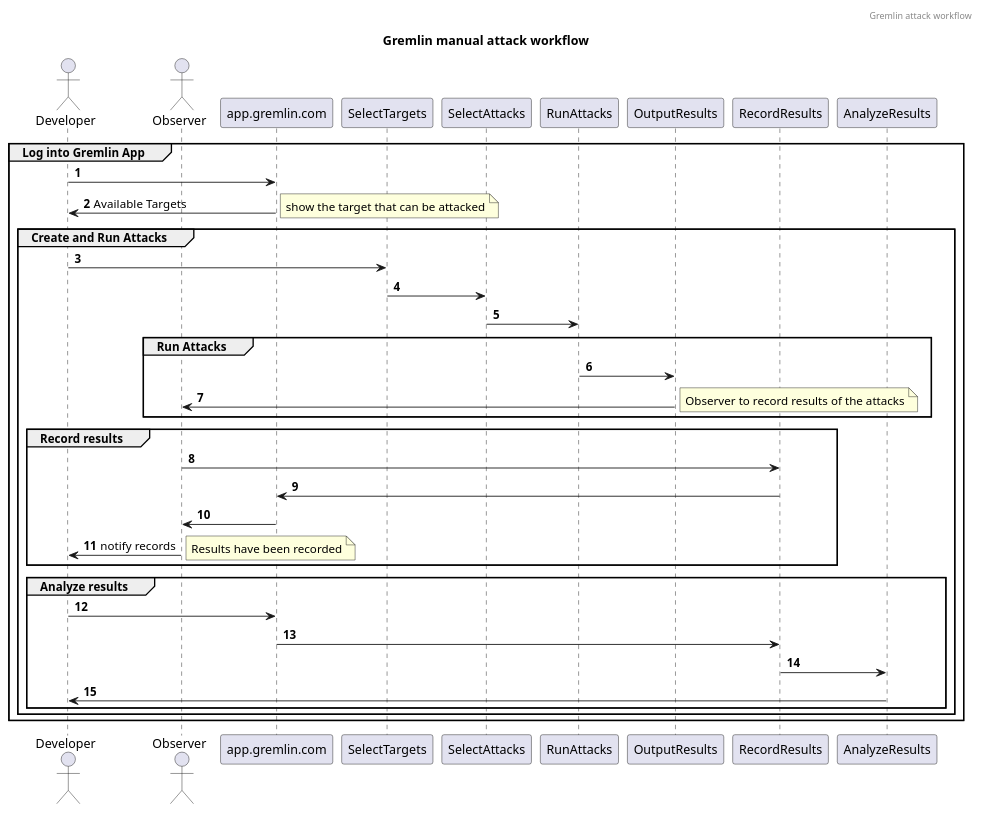
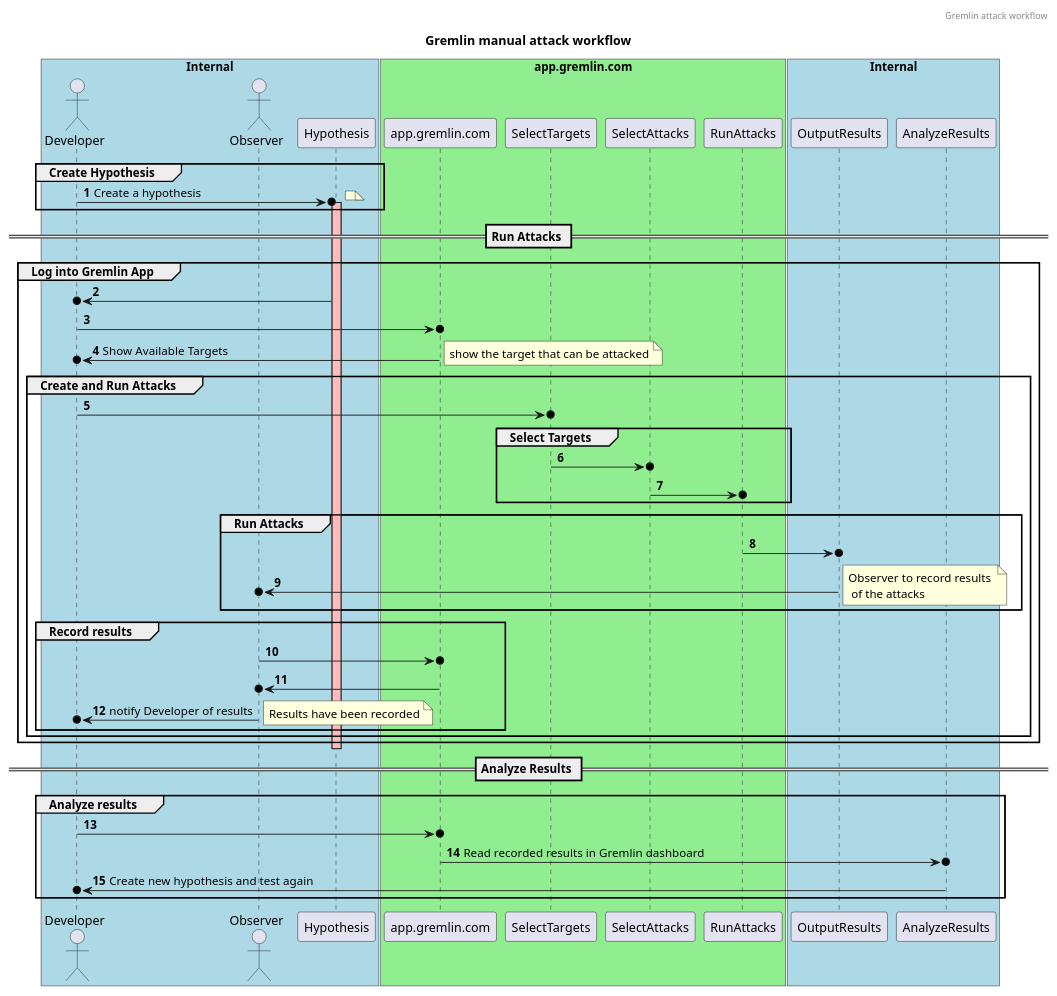
Before and after one commit to lindison/plantuml_stuff: the diagram in Gremlin/Gremlin_Attack.puml, drawn with PlantUML. The commit also changed 1 other file, not shown here.

```diff
--- a/Gremlin/Gremlin_Attack.puml
+++ b/Gremlin/Gremlin_Attack.puml
@@ -1,41 +1,68 @@
 @startuml
 
 header Gremlin attack workflow
 title Gremlin manual attack workflow
 autonumber
 actor Developer
 actor Observer
+box "Internal" #LightBlue
+    participant Developer
+    participant Observer
+    participant Hypothesis
+end box
 
-group Log into Gremlin App 
-    Developer -> app.gremlin.com 
-    app.gremlin.com -> Developer: Available Targets
-    note right: show the target that can be attacked 
-    group Create and Run Attacks
-        Developer -> SelectTargets
-        SelectTargets -> SelectAttacks
-        SelectAttacks -> RunAttacks
+group Create Hypothesis
+    Developer ->o Hypothesis: Create a hypothesis
+    note right: 
+    Activate Hypothesis #FFBBBB
+end
 
-        group Run Attacks
-            RunAttacks -> OutputResults
-            OutputResults -> Observer
-            note right: Observer to record results of the attacks
+== Run Attacks ==
+    group Log into Gremlin App 
+        Hypothesis ->o Developer
+        Developer ->o app.gremlin.com 
+        box "app.gremlin.com" #LightGreen
+            participant app.gremlin.com
+            participant SelectTargets
+            participant SelectAttacks
+            participant RunAttacks
+        end box
+        app.gremlin.com ->o Developer: Show Available Targets
+        note right: show the target that can be attacked 
+        group Create and Run Attacks
+            Developer ->o SelectTargets
+            group Select Targets
+                SelectTargets ->o SelectAttacks
+                SelectAttacks ->o RunAttacks
+            end
+
+            group Run Attacks
+                RunAttacks ->o OutputResults
+                OutputResults ->o Observer
+                note right: Observer to record results \n of the attacks
+            end
+
+            group Record results
+                Observer ->o app.gremlin.com
+                app.gremlin.com ->o Observer
+                Observer ->o Developer: notify Developer of results
+                note right: Results have been recorded
+            end
         end
+    end
 
-        group Record results
-            Observer -> RecordResults
-            RecordResults -> app.gremlin.com
-            app.gremlin.com -> Observer
-            Observer -> Developer: notify records
-            note right: Results have been recorded
-        end
 
-        group Analyze results
-            Developer -> app.gremlin.com 
-            app.gremlin.com -> RecordResults 
-            RecordResults -> AnalyzeResults
-            AnalyzeResults -> Developer
-        end 
-    end
+deactivate Hypothesis
+== Analyze Results == 
+group Analyze results
+    Developer ->o app.gremlin.com 
+    app.gremlin.com ->o AnalyzeResults: Read recorded results in Gremlin dashboard
+    AnalyzeResults ->o Developer: Create new hypothesis and test again
 end 
 
+box "Internal" #LightBlue
+    participant OutputResults
+    participant AnalyzeResults
+end box
+
 @enduml
```
